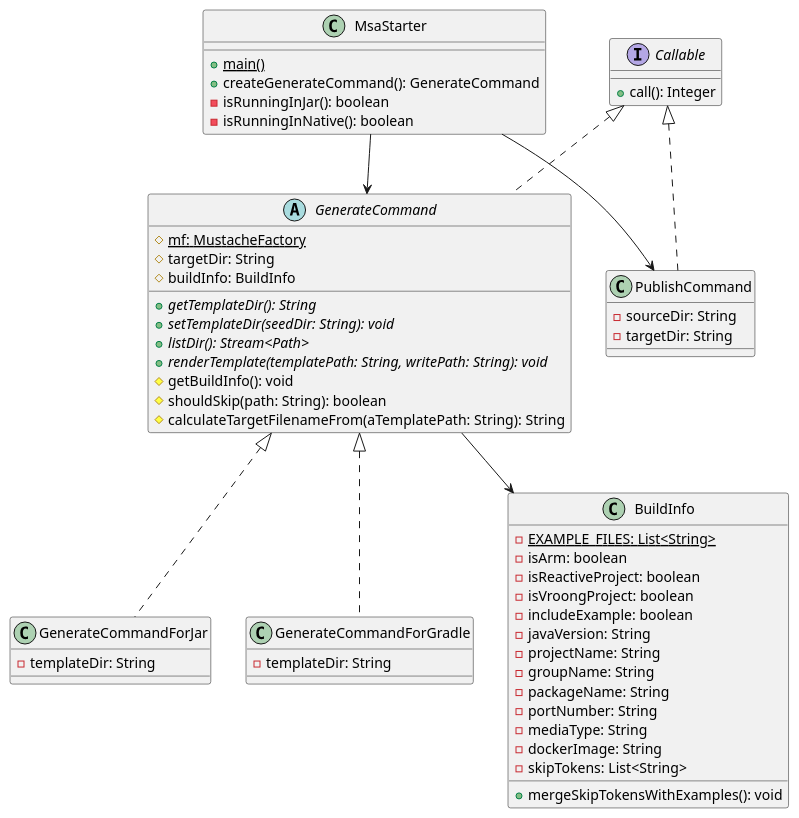
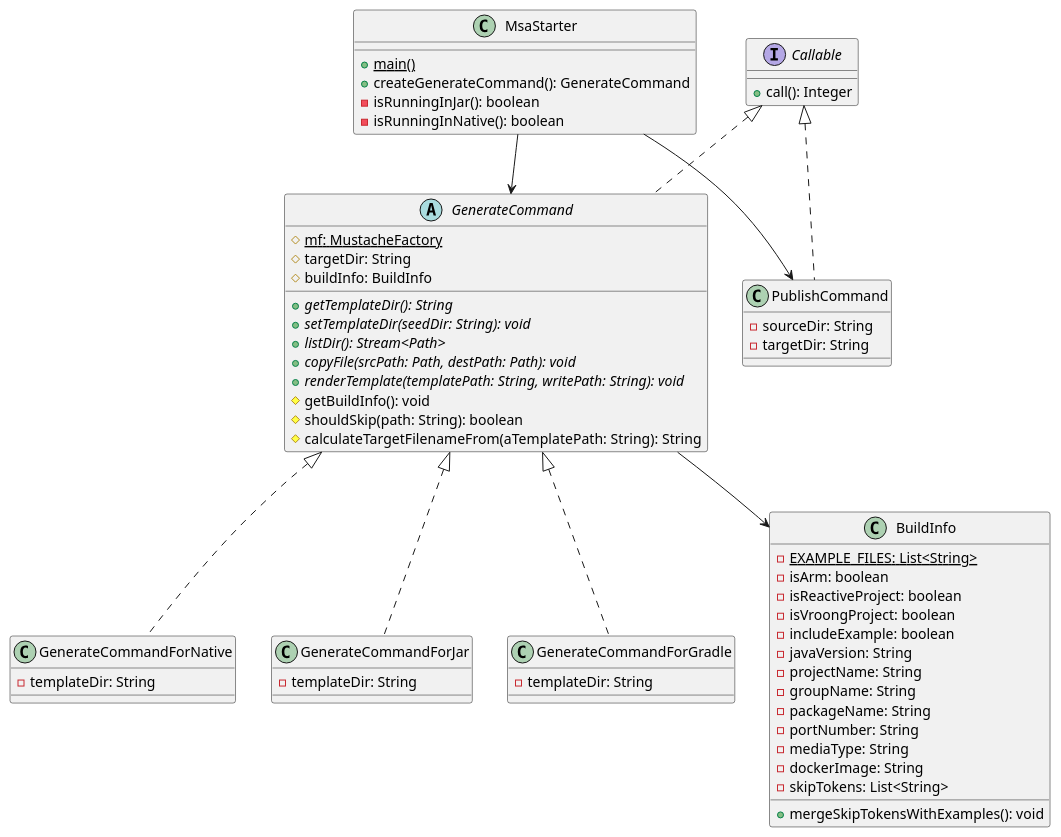
One commit to appkr/msa-starter changed the diagram in docs/class.puml. Above: the diagram before and after it, drawn with PlantUML. The commit also changed 7 other files, not shown here.

```diff
--- a/docs/class.puml
+++ b/docs/class.puml
@@ -1,64 +1,68 @@
 @startuml
 
 ' print help message
 ' inject sub-command
 class MsaStarter {
   + {static} main()
   + createGenerateCommand(): GenerateCommand
   - isRunningInJar(): boolean
   - isRunningInNative(): boolean
 }
 
 interface Callable {
   + call(): Integer
 }
 
 ' generate a new project
 abstract class GenerateCommand implements Callable {
   # {static} mf: MustacheFactory
   # targetDir: String
   # buildInfo: BuildInfo
   + {abstract} getTemplateDir(): String
   + {abstract} setTemplateDir(seedDir: String): void
   + {abstract} listDir(): Stream<Path>
+  + {abstract} copyFile(srcPath: Path, destPath: Path): void
   + {abstract} renderTemplate(templatePath: String, writePath: String): void
   # getBuildInfo(): void
   # shouldSkip(path: String): boolean
   # calculateTargetFilenameFrom(aTemplatePath: String): String
 }
 
+class GenerateCommandForNative implements GenerateCommand {
+  - templateDir: String
+}
 class GenerateCommandForJar implements GenerateCommand {
   - templateDir: String
 }
 class GenerateCommandForGradle implements GenerateCommand {
   - templateDir: String
 }
 
 ' publish the generated project
 class PublishCommand implements Callable {
   - sourceDir: String
   - targetDir: String
 }
 
 class BuildInfo {
   - {static}EXAMPLE_FILES: List<String>
   - isArm: boolean
   - isReactiveProject: boolean
   - isVroongProject: boolean
   - includeExample: boolean
   - javaVersion: String
   - projectName: String
   - groupName: String
   - packageName: String
   - portNumber: String
   - mediaType: String
   - dockerImage: String
   - skipTokens: List<String>
   + mergeSkipTokensWithExamples(): void
 }
 
 MsaStarter --> GenerateCommand
 MsaStarter --> PublishCommand
 GenerateCommand --> BuildInfo
 
 @enduml
```
